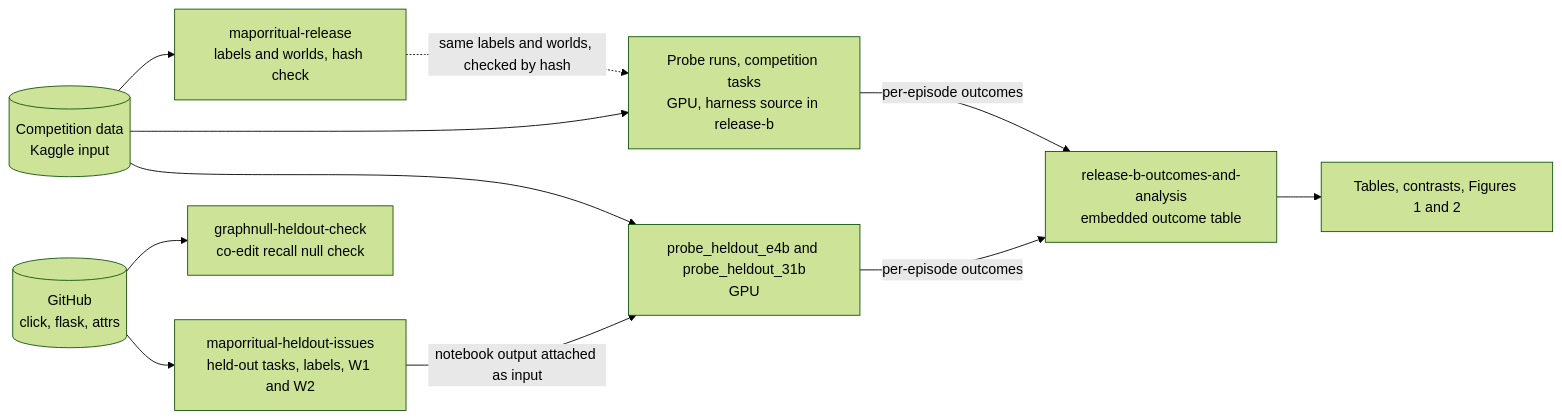
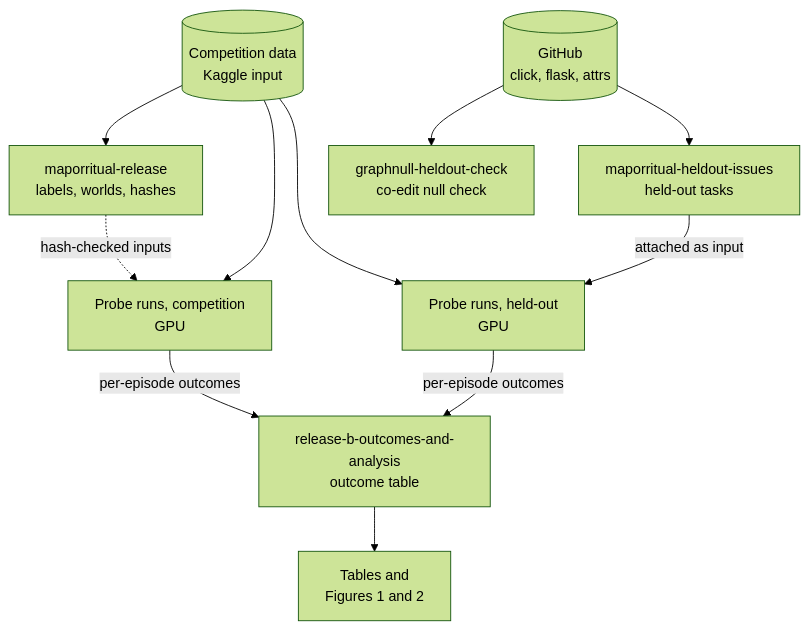
One commit to yerramsettysuchita/map-or-ritual changed the second of 2 diagrams in README.md. Above: the diagram before and after it, drawn with Mermaid (forest theme). The commit also changed other lines of this file, not shown here.

Commit message:
README: authors, related work, references, clearer diagrams

````diff
--- a/README.md
+++ b/README.md
@@ -261,22 +254,22 @@
 ```mermaid
-flowchart LR
+flowchart TD
     C[("Competition data<br/>Kaggle input")]
     GH[("GitHub<br/>click, flask, attrs")]
-    A["maporritual-release<br/>labels and worlds, hash check"]
-    P["Probe runs, competition tasks<br/>GPU, harness source in release-b"]
-    HC["graphnull-heldout-check<br/>co-edit recall null check"]
-    HI["maporritual-heldout-issues<br/>held-out tasks, labels, W1 and W2"]
-    HP["probe_heldout_e4b and probe_heldout_31b<br/>GPU"]
-    B["release-b-outcomes-and-analysis<br/>embedded outcome table"]
-    O["Tables, contrasts, Figures 1 and 2"]
+    A["maporritual-release<br/>labels, worlds, hashes"]
+    HC["graphnull-heldout-check<br/>co-edit null check"]
+    HI["maporritual-heldout-issues<br/>held-out tasks"]
+    P["Probe runs, competition<br/>GPU"]
+    HP["Probe runs, held-out<br/>GPU"]
+    B["release-b-outcomes-and-analysis<br/>outcome table"]
+    O["Tables and<br/>Figures 1 and 2"]
     C --> A
-    A -.->|"same labels and worlds, checked by hash"| P
+    A -.->|"hash-checked inputs"| P
     C --> P
     C --> HP
     GH --> HC
     GH --> HI
-    HI -->|"notebook output attached as input"| HP
+    HI -->|"attached as input"| HP
     P -->|"per-episode outcomes"| B
     HP -->|"per-episode outcomes"| B
     B --> O
 ```
````
